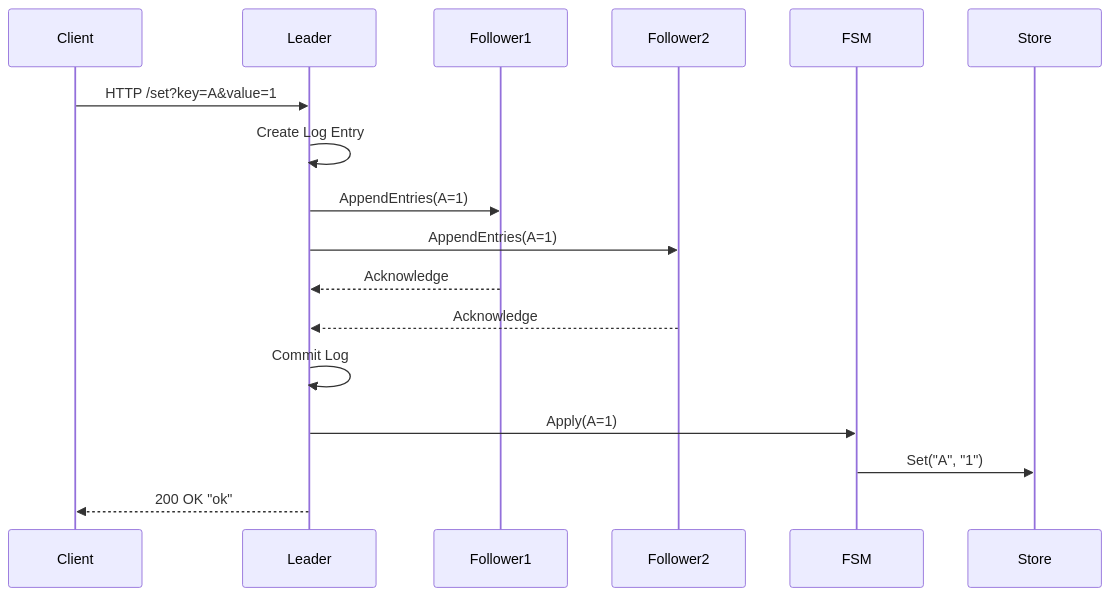
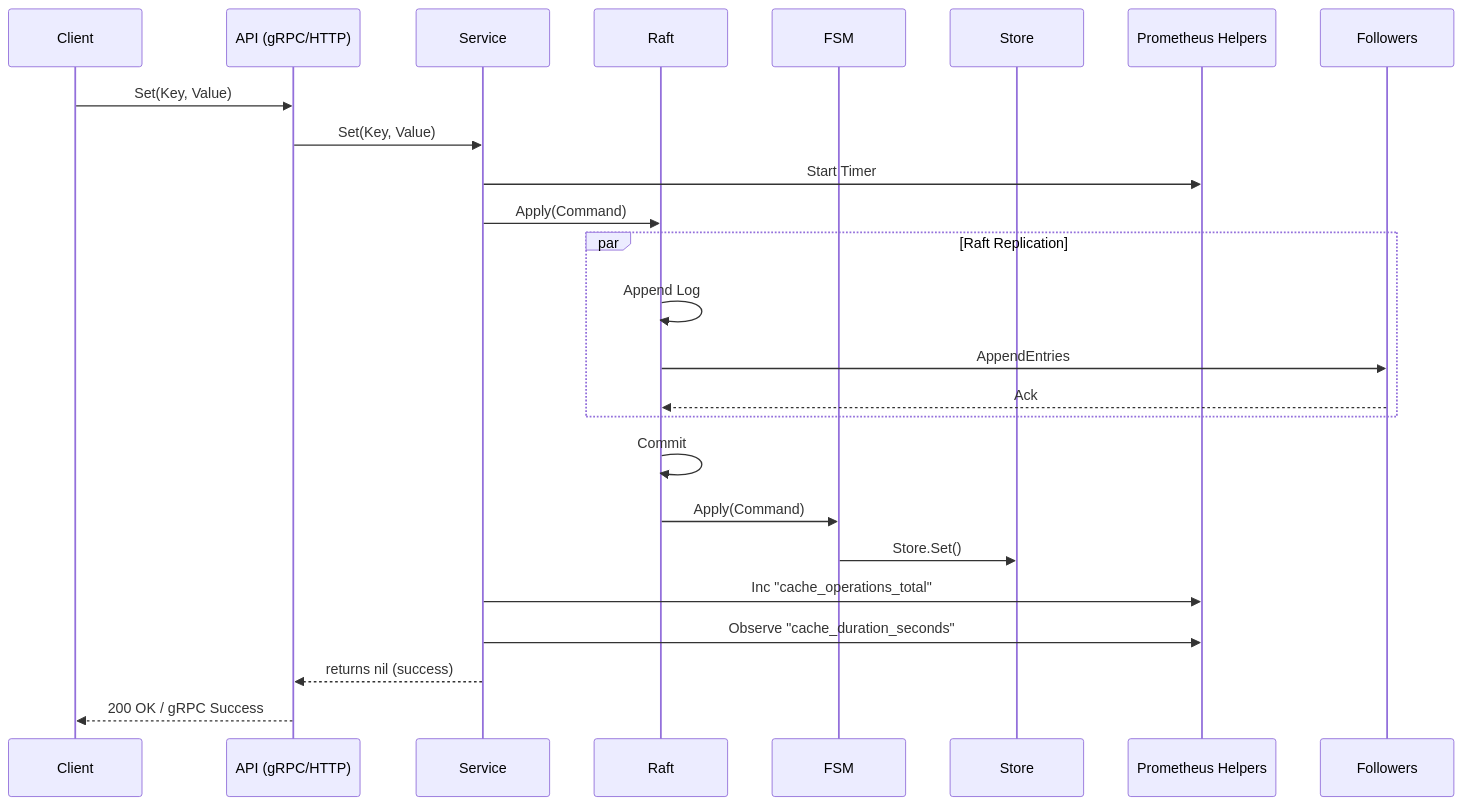
The third of 4 diagrams in README.md (ichbingautam/distributed-cache-service), drawn with Mermaid before and after one commit. The commit also changed other lines of this file, not shown here.

Commit message:
[Feat]: add detailed sequence diagrams for strong consistency write and eventual consistency read flows.

````diff
--- a/README.md
+++ b/README.md
@@ -197,20 +200,30 @@
 ```mermaid
 sequenceDiagram
     participant Client
-    participant Leader
-    participant Follower1
-    participant Follower2
+    participant API as API (gRPC/HTTP)
+    participant Service
+    participant Raft
     participant FSM
     participant Store
+    participant Metrics as Prometheus Helpers
 
-    Client->>Leader: HTTP /set?key=A&value=1
-    Leader->>Leader: Create Log Entry
-    Leader->>Follower1: AppendEntries(A=1)
-    Leader->>Follower2: AppendEntries(A=1)
-    Follower1-->>Leader: Acknowledge
-    Follower2-->>Leader: Acknowledge
-    Leader->>Leader: Commit Log
-    Leader->>FSM: Apply(A=1)
-    FSM->>Store: Set("A", "1")
-    Leader-->>Client: 200 OK "ok"
+    Client->>API: Set(Key, Value)
+    API->>Service: Set(Key, Value)
+    Service->>Metrics: Start Timer
+    Service->>Raft: Apply(Command)
+
+    par Raft Replication
+        Raft->>Raft: Append Log
+        Raft->>Followers: AppendEntries
+        Followers-->>Raft: Ack
+    end
+
+    Raft->>Raft: Commit
+    Raft->>FSM: Apply(Command)
+    FSM->>Store: Store.Set()
+
+    Service->>Metrics: Inc "cache_operations_total"
+    Service->>Metrics: Observe "cache_duration_seconds"
+    Service-->>API: returns nil (success)
+    API-->>Client: 200 OK / gRPC Success
 ```
````
